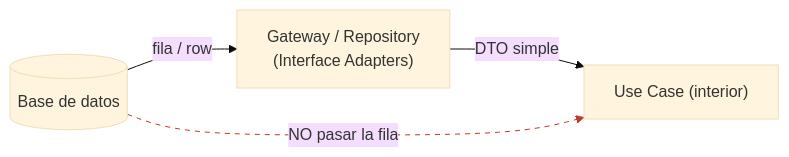
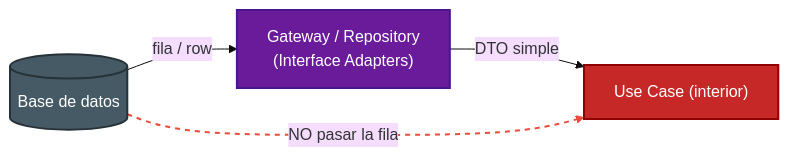
Before and after one commit to JavierMachucaA/clean-architecture-guia: the second of 4 diagrams in 08-la-arquitectura-limpia/04-datos-que-cruzan-fronteras.md, drawn with Mermaid (base theme). The commit also changed other lines of this file and 6 other files, not shown here.

````diff
--- a/08-la-arquitectura-limpia/04-datos-que-cruzan-fronteras.md
+++ b/08-la-arquitectura-limpia/04-datos-que-cruzan-fronteras.md
@@ -23,9 +26,12 @@
 ```mermaid
 flowchart LR
-    DB[("Base de datos")] -->|fila / row| REPO["Gateway / Repository<br/>(Interface Adapters)"]
-    REPO -->|DTO simple| UC["Use Case (interior)"]
+    DB[("Base de datos")] -->|"fila / row"| REPO["Gateway / Repository<br/>(Interface Adapters)"]
+    REPO -->|"DTO simple"| UC["Use Case (interior)"]
 
-    DB -. NO pasar la fila .-> UC
+    DB -. "NO pasar la fila" .-> UC
 
-    linkStyle 2 stroke:#c0392b,stroke-dasharray:5 5
+    style DB fill:#455a64,stroke:#263238,stroke-width:2px,color:#fff
+    style REPO fill:#6a1b9a,stroke:#4a148c,stroke-width:2px,color:#fff
+    style UC fill:#c62828,stroke:#8e0000,stroke-width:2px,color:#fff
+    linkStyle 2 stroke:#e74c3c,stroke-width:2px,stroke-dasharray:5 5
 ```
````
